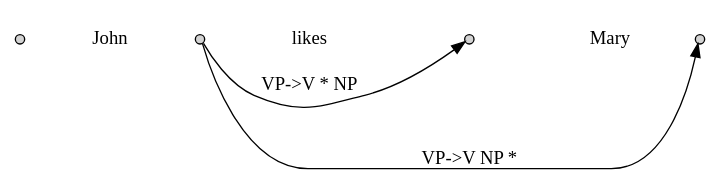
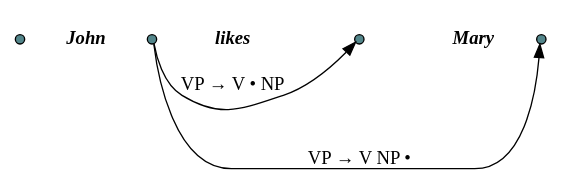
The diagram in images/chart_intro_incomplete.dot (nltk/nltk_book), drawn with Graphviz before and after one commit. The commit also changed 29 other files, not shown here.

First line of the commit message:
added HTML entities and LucidaGrande

```diff
--- a/images/chart_intro_incomplete.dot
+++ b/images/chart_intro_incomplete.dot
@@ -1,26 +1,28 @@
 digraph x {
    rankdir=LR;
+   ranksep=0.25;
    
    /* The nodes */
    {
-       node [style=filled,height=0.1,width=0.1];
+       node [style=filled,height=0.1,width=0.1,fillcolor=cadetblue4];
        0 [label=""];
        1 [label=""];
        2 [label=""];
        3 [label=""];
    }
 
    /* The sentence */
    {
        edge [style=invis, weight=100];
-       node [shape=plaintext];
+       node [shape=plaintext,fontname="Times-BoldItalic"];
        0->John->1->likes->2->Mary->3;
    }
    
    /* Edges */
    {
-       1->3 [label="VP->V NP *"];
-       1->2 [label="VP->V * NP"];
+       edge [fontname=LucidaGrande];
+       1->3 [label="VP &rarr; V NP &bull;"];
+       1->2 [label="VP &rarr; V &bull; NP"];
    }
 
 }
```
